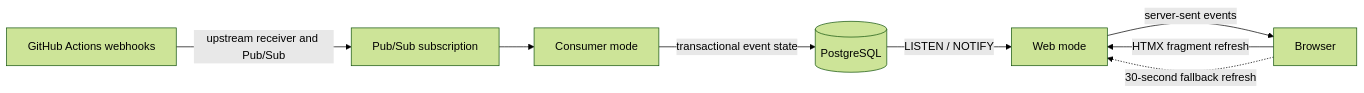
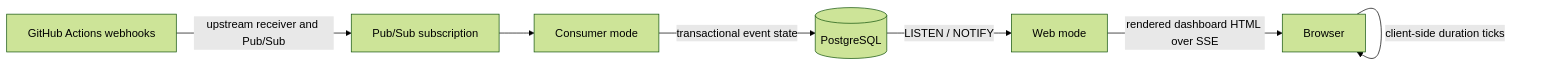
Before and after one commit to UnitVectorY-Labs/ghadashboard: the diagram in docs/ARCHITECTURE.md, drawn with Mermaid (forest theme). The commit also changed other lines of this file and 10 other files, not shown here.

````diff
--- a/docs/ARCHITECTURE.md
+++ b/docs/ARCHITECTURE.md
@@ -5,10 +5,9 @@
 ```mermaid
 flowchart LR
     GH[GitHub Actions webhooks] -->|upstream receiver and Pub/Sub| PS[Pub/Sub subscription]
     PS --> C[Consumer mode]
     C -->|transactional event state| DB[(PostgreSQL)]
     DB -->|LISTEN / NOTIFY| W[Web mode]
-    W -->|server-sent events| B[Browser]
-    B -->|HTMX fragment refresh| W
-    B -.->|30-second fallback refresh| W
+    W -->|rendered dashboard HTML over SSE| B[Browser]
+    B -->|client-side duration ticks| B
 ```
````
